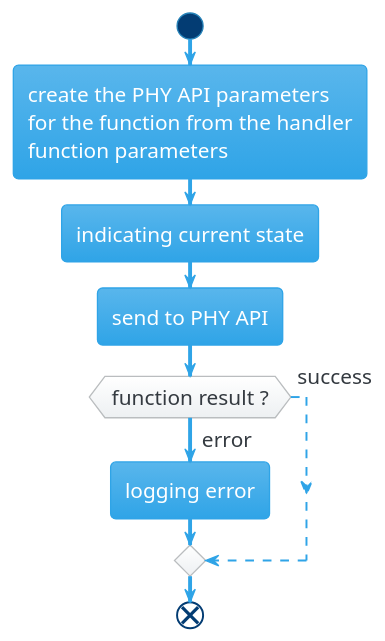
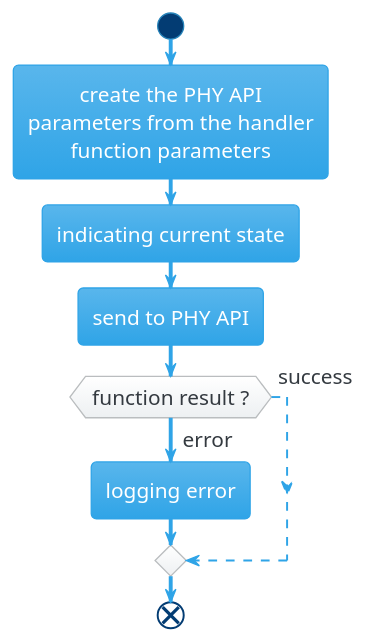
One commit to Terrazed/bachelor-project_dect-nr-plus-harq changed the diagram in doc/diagrams/phy_handler_basic_function.puml. Above: the diagram before and after it, drawn with PlantUML.

```diff
--- a/doc/diagrams/phy_handler_basic_function.puml
+++ b/doc/diagrams/phy_handler_basic_function.puml
@@ -1,20 +1,22 @@
 @startuml phy_handler_basic_function
 
 !theme cerulean
 skinparam DefaultFontSize 16
 skinparam defaultFontName Gotham Black
 
+skinparam defaultTextAlignment center
+
 start
-:create the PHY API parameters
-for the function from the handler
+:create the PHY API
+parameters from the handler
 function parameters;
 :indicating current state;
 :send to PHY API;
 if (function result ?) then (success)
     -[dashed]->
 else (error)
     :logging error;
 endif
 end
 
 @enduml
```
